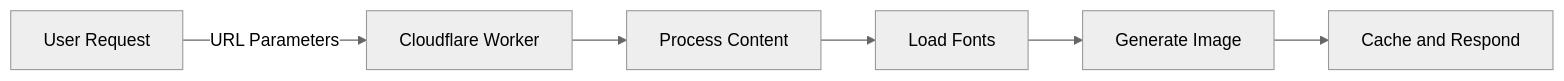
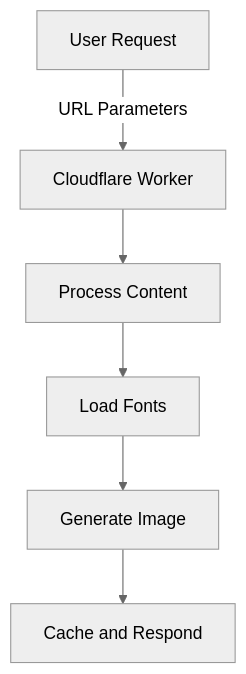
The diagram in src/content/docs/workers/tutorials/generate-dynamic-og-images-using-workers/index.mdx (mohdlatif/cloudflare-docs), drawn with Mermaid (neutral theme) before and after one commit. The commit also changed other lines of this file, not shown here.

````diff
--- a/src/content/docs/workers/tutorials/generate-dynamic-og-images-using-workers/index.mdx
+++ b/src/content/docs/workers/tutorials/generate-dynamic-og-images-using-workers/index.mdx
@@ -56,8 +56,8 @@
 ```mermaid
-graph LR
+graph TD
     A[User Request] -->|URL Parameters| B[Cloudflare Worker]
     B --> C[Process Content]
     C --> D[Load Fonts]
     D --> E[Generate Image]
     E --> F[Cache and Respond]
 ```
````
